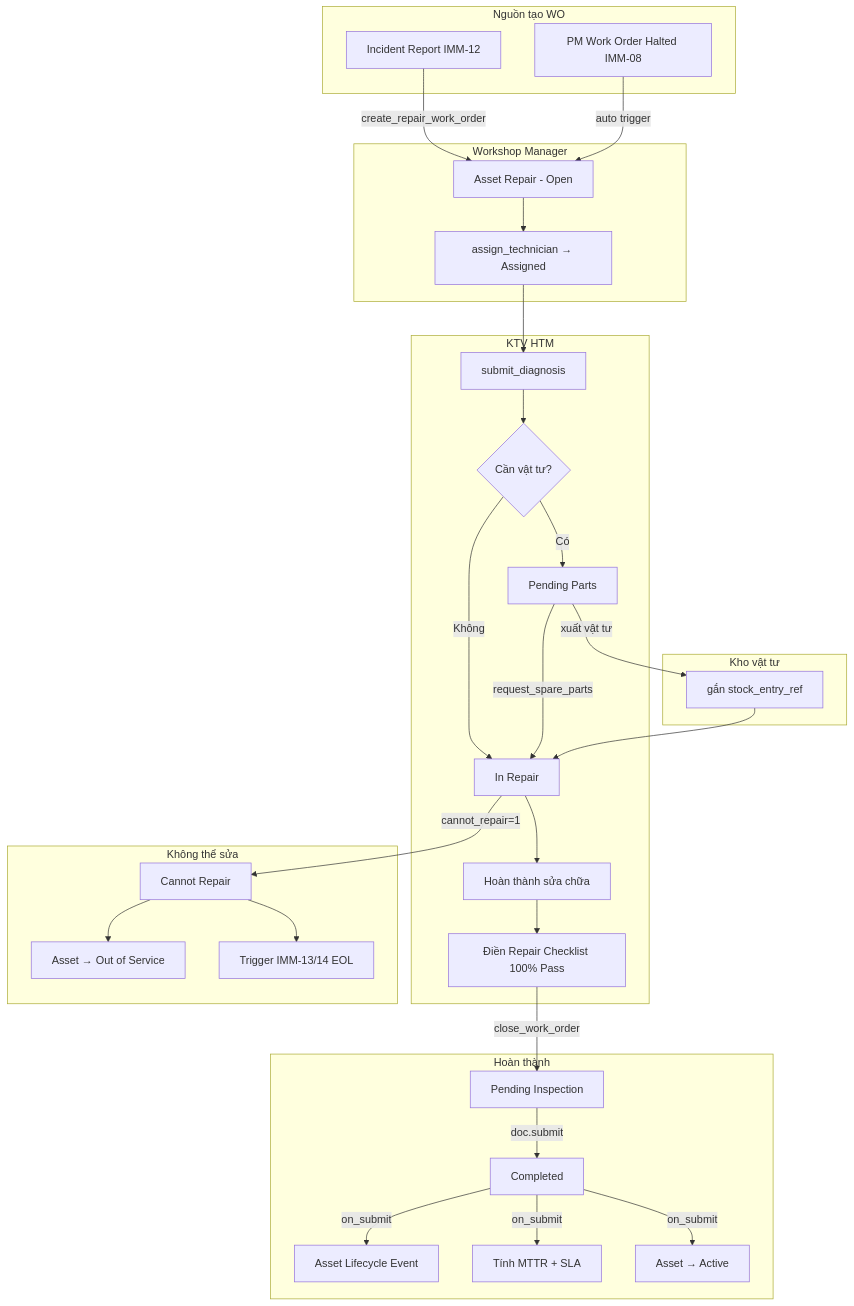
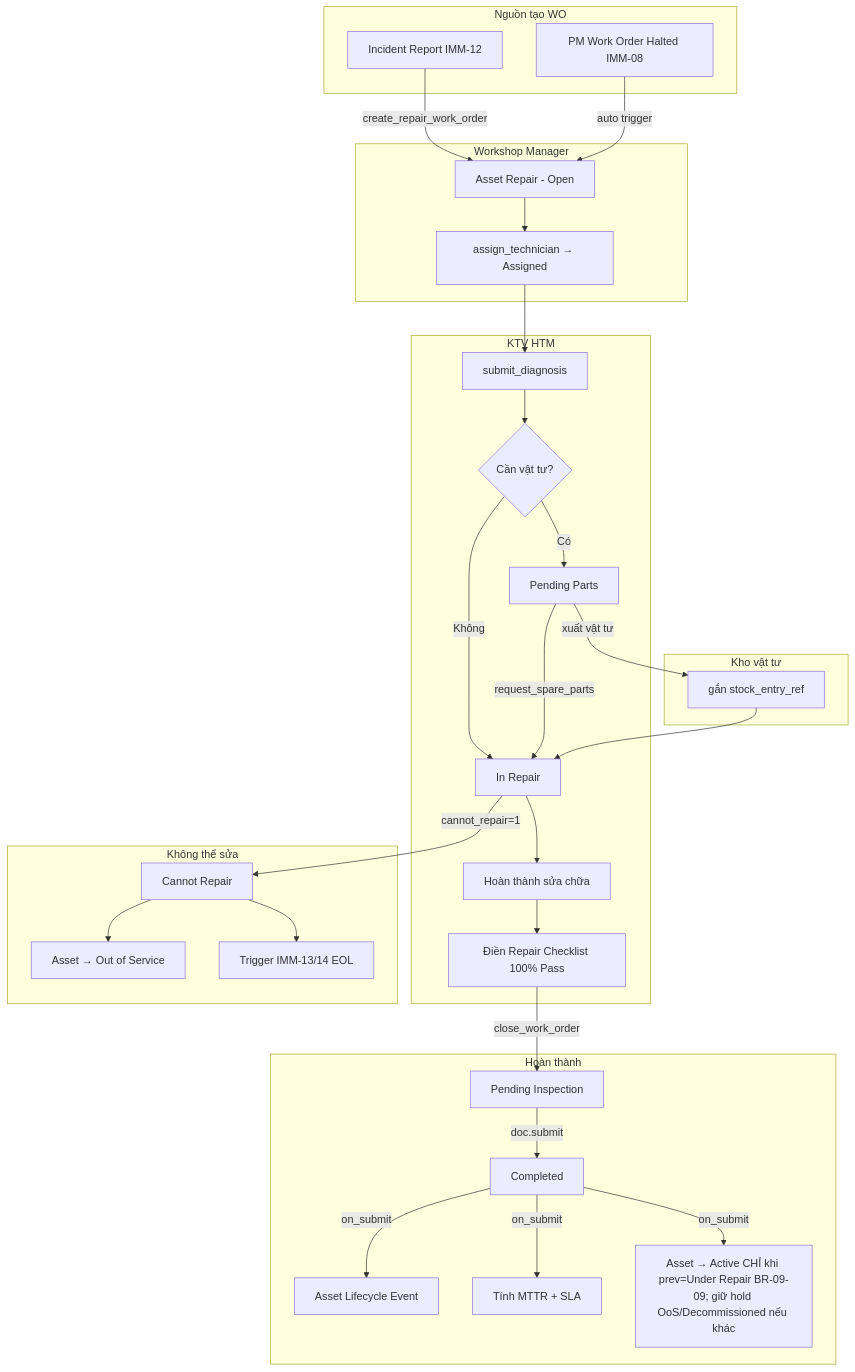
Before and after one commit to mvl26/Assetcore: the first of 4 diagrams in docs/imm-09/02_Analysis_Design.md, drawn with Mermaid. The commit also changed other lines of this file and 74 other files, not shown here.

````diff
--- a/docs/imm-09/02_Analysis_Design.md
+++ b/docs/imm-09/02_Analysis_Design.md
@@ -148,37 +148,37 @@
 ```mermaid
 flowchart TD
     subgraph Source["Nguồn tạo WO"]
         IR[Incident Report IMM-12]
         PM[PM Work Order Halted IMM-08]
     end
     subgraph WM["Workshop Manager"]
         IR -->|create_repair_work_order| WO1[Asset Repair - Open]
         PM -->|auto trigger| WO1
         WO1 --> WO2[assign_technician → Assigned]
     end
     subgraph KTV_Block["KTV HTM"]
         WO2 --> D1[submit_diagnosis]
         D1 --> D2{Cần vật tư?}
         D2 -->|Có| PP[Pending Parts]
         D2 -->|Không| IR2[In Repair]
         PP -->|request_spare_parts| IR2
         IR2 --> C1[Hoàn thành sửa chữa]
         C1 --> CL[Điền Repair Checklist 100% Pass]
     end
     subgraph Kho["Kho vật tư"]
         PP -->|xuất vật tư| SE[gắn stock_entry_ref]
         SE --> IR2
     end
     subgraph Close["Hoàn thành"]
         CL -->|close_work_order| PINSP[Pending Inspection]
         PINSP -->|doc.submit| DONE[Completed]
         DONE -->|on_submit| ALE[Asset Lifecycle Event]
         DONE -->|on_submit| MTTR[Tính MTTR + SLA]
-        DONE -->|on_submit| AssetActive[Asset → Active]
+        DONE -->|on_submit| AssetActive[Asset → Active CHỈ khi prev=Under Repair BR-09-09; giữ hold OoS/Decommissioned nếu khác]
     end
     subgraph CannotRepair["Không thể sửa"]
         IR2 -->|cannot_repair=1| CNR[Cannot Repair]
         CNR --> AssetOOS[Asset → Out of Service]
         CNR --> EOL[Trigger IMM-13/14 EOL]
     end
 ```
````
